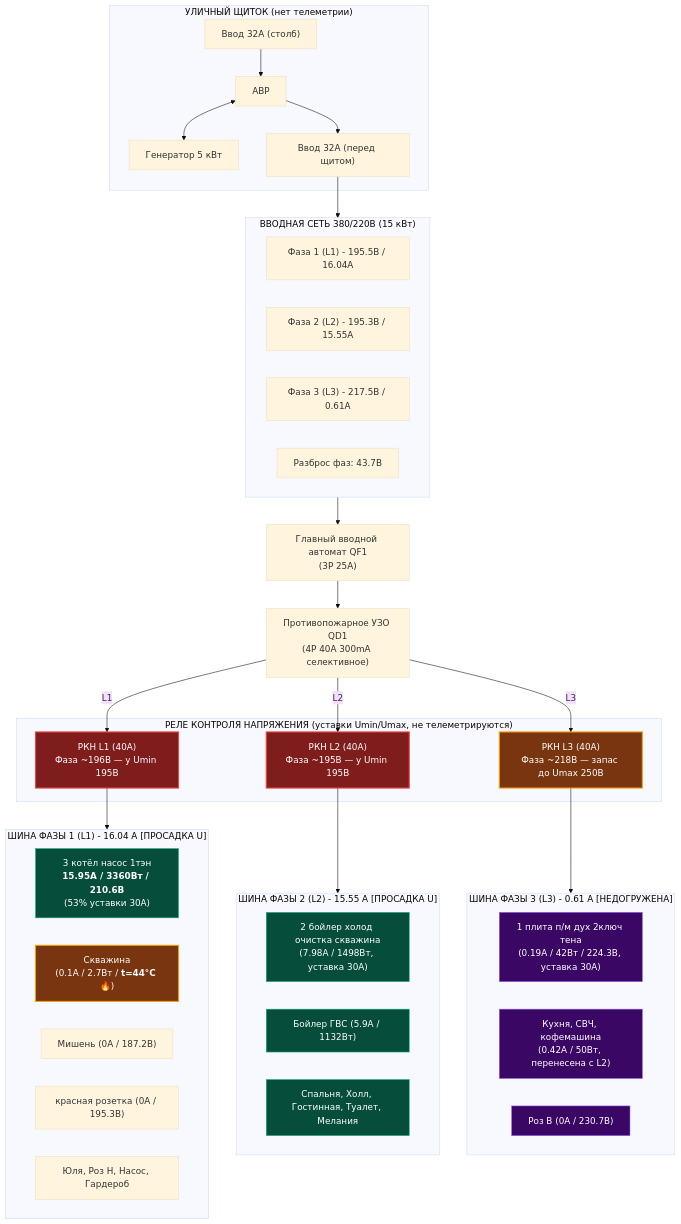
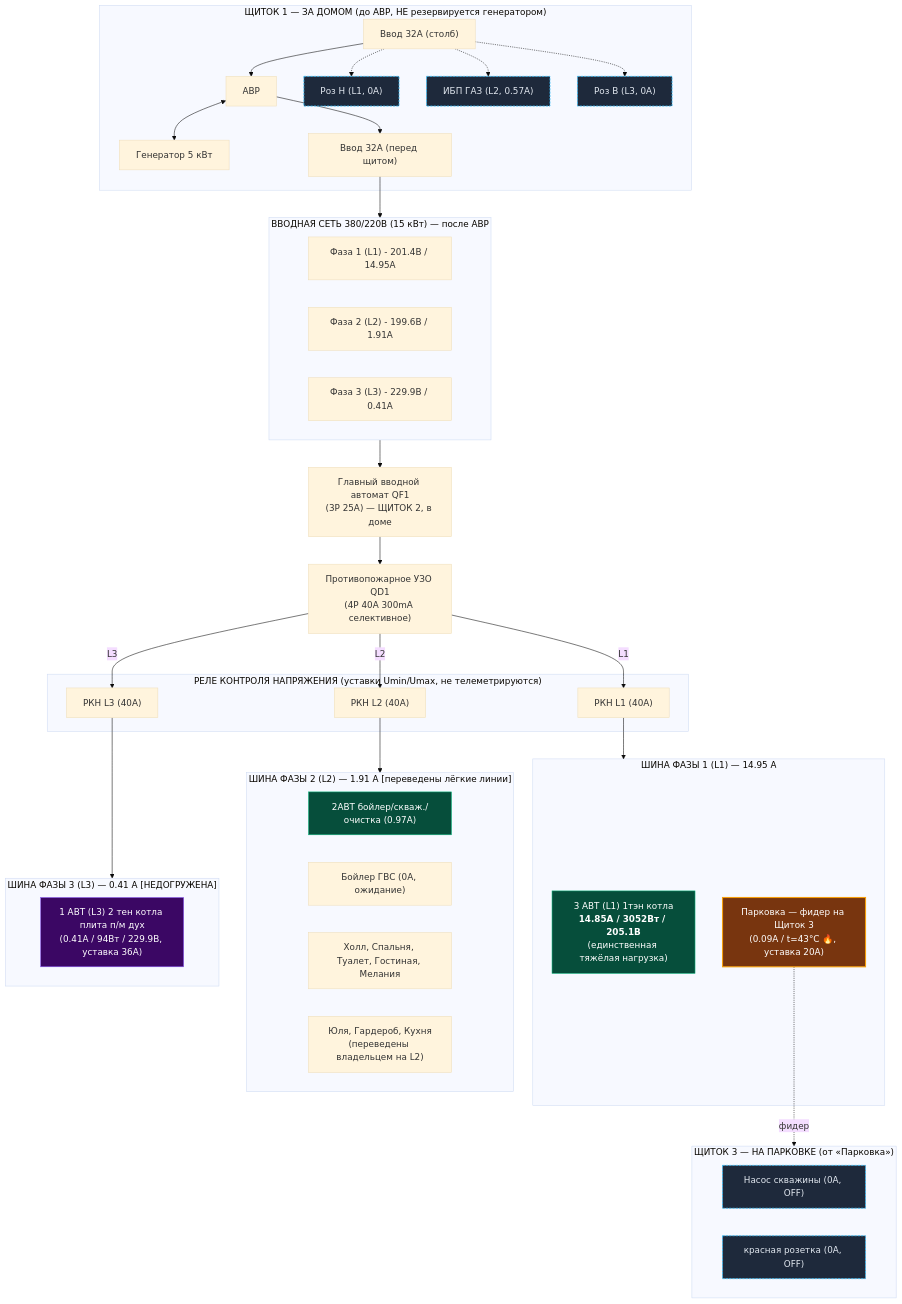
The diagram in README.md (Dmitran13/home-electrical-schema), drawn with Mermaid (base theme) before and after one commit. The commit also changed other lines of this file and 5 other files, not shown here.

````diff
--- a/README.md
+++ b/README.md
@@ -163,70 +197,79 @@
 ```mermaid
 flowchart TD
-    subgraph STREET ["УЛИЧНЫЙ ЩИТОК (нет телеметрии)"]
+    subgraph STREET ["ЩИТОК 1 — ЗА ДОМОМ (до АВР, НЕ резервируется генератором)"]
         SIN1["Ввод 32А (столб)"]
         ATS["АВР"]
         GEN["Генератор 5 кВт"]
-        SIN2["Ввод 32А (перед щитом)"]
+        PRE_ROZN["Роз Н (L1, 0A)"]
+        PRE_GAZ["ИБП ГАЗ (L2, 0.57A)"]
+        PRE_ROZV["Роз В (L3, 0A)"]
         SIN1 --> ATS
         ATS <--> GEN
+        SIN1 -.-> PRE_ROZN
+        SIN1 -.-> PRE_GAZ
+        SIN1 -.-> PRE_ROZV
+        SIN2["Ввод 32А (перед щитом)"]
         ATS --> SIN2
     end
 
-    subgraph GRID ["ВВОДНАЯ СЕТЬ 380/220В (15 кВт)"]
-        IN_L1["Фаза 1 (L1) - 195.5В / 16.04А"]
-        IN_L2["Фаза 2 (L2) - 195.3В / 15.55А"]
-        IN_L3["Фаза 3 (L3) - 217.5В / 0.61А"]
-        IN_N["Разброс фаз: 43.7В"]
+    subgraph GRID ["ВВОДНАЯ СЕТЬ 380/220В (15 кВт) — после АВР"]
+        IN_L1["Фаза 1 (L1) - 201.4В / 14.95А"]
+        IN_L2["Фаза 2 (L2) - 199.6В / 1.91А"]
+        IN_L3["Фаза 3 (L3) - 229.9В / 0.41А"]
     end
 
     SIN2 --> GRID
 
-    QF1["Главный вводной автомат QF1<br/>(3P 25A)"]
+    QF1["Главный вводной автомат QF1<br/>(3P 25A) — ЩИТОК 2, в доме"]
     QD1["Противопожарное УЗО QD1<br/>(4P 40A 300mA селективное)"]
 
     GRID --> QF1 --> QD1
 
     subgraph V_RELAYS ["РЕЛЕ КОНТРОЛЯ НАПРЯЖЕНИЯ (уставки Umin/Umax, не телеметрируются)"]
-        RKN1["РКН L1 (40A)<br/>Фаза ~196В — у Umin 195В"]
-        RKN2["РКН L2 (40A)<br/>Фаза ~195В — у Umin 195В"]
-        RKN3["РКН L3 (40A)<br/>Фаза ~218В — запас до Umax 250В"]
+        RKN1["РКН L1 (40A)"]
+        RKN2["РКН L2 (40A)"]
+        RKN3["РКН L3 (40A)"]
     end
 
     QD1 -->|L1| RKN1
     QD1 -->|L2| RKN2
     QD1 -->|L3| RKN3
 
-    subgraph BUS_L1 ["ШИНА ФАЗЫ 1 (L1) - 16.04 А [ПРОСАДКА U]"]
-        L1_KOTEL["3 котёл насос 1тэн<br/><b>15.95A / 3360Вт / 210.6В</b><br/>(53% уставки 30А)"]
-        L1_SKV["Скважина<br/>(0.1A / 2.7Вт / <b>t=44°C 🔥</b>)"]
-        L1_MISH["Мишень (0A / 187.2В)"]
-        L1_KROZ["красная розетка (0A / 195.3В)"]
-        L1_REST["Юля, Роз Н, Насос, Гардероб"]
+    subgraph BUS_L1 ["ШИНА ФАЗЫ 1 (L1) — 14.95 А"]
+        L1_KOTEL["3 АВТ (L1) 1тэн котла<br/><b>14.85A / 3052Вт / 205.1В</b><br/>(единственная тяжёлая нагрузка)"]
+        L1_PARK["Парковка — фидер на Щиток 3<br/>(0.09A / t=43°C 🔥, уставка 20А)"]
     end
 
-    subgraph BUS_L2 ["ШИНА ФАЗЫ 2 (L2) - 15.55 А [ПРОСАДКА U]"]
-        L2_BOIL["2 бойлер холод очистка скважина<br/>(7.98A / 1498Вт, уставка 30А)"]
-        L2_BOIL2["Бойлер ГВС (5.9A / 1132Вт)"]
-        L2_ROOMS["Спальня, Холл, Гостинная, Туалет, Мелания"]
+    subgraph SUB3 ["ЩИТОК 3 — НА ПАРКОВКЕ (от «Парковка»)"]
+        L3_NASOS["Насос скважины (0A, OFF)"]
+        L3_KROZ["красная розетка (0A, OFF)"]
     end
 
-    subgraph BUS_L3 ["ШИНА ФАЗЫ 3 (L3) - 0.61 А [НЕДОГРУЖЕНА]"]
-        L3_PLITA["1 плита п/м дух 2ключ тена<br/>(0.19A / 42Вт / 224.3В, уставка 30А)"]
-        L3_KITCH["Кухня, СВЧ, кофемашина<br/>(0.42A / 50Вт, перенесена с L2)"]
-        L3_ROZV["Роз В (0A / 230.7В)"]
+    L1_PARK -.->|фидер| SUB3
+
+    subgraph BUS_L2 ["ШИНА ФАЗЫ 2 (L2) — 1.91 А [переведены лёгкие линии]"]
+        L2_BOIL["2АВТ бойлер/скваж./очистка (0.97A)"]
+        L2_BOIL2["Бойлер ГВС (0A, ожидание)"]
+        L2_ROOMS["Холл, Спальня, Туалет, Гостиная, Мелания"]
+        L2_MOVED["Юля, Гардероб, Кухня<br/>(переведены владельцем на L2)"]
+    end
+
+    subgraph BUS_L3 ["ШИНА ФАЗЫ 3 (L3) — 0.41 А [НЕДОГРУЖЕНА]"]
+        L3_PLITA["1 АВТ (L3) 2 тен котла плита п/м дух<br/>(0.41A / 94Вт / 229.9В, уставка 36А)"]
     end
 
     RKN1 --> BUS_L1
     RKN2 --> BUS_L2
     RKN3 --> BUS_L3
 
     classDef crit fill:#7f1d1d,stroke:#ef4444,stroke-width:2px,color:#fff;
     classDef warn fill:#78350f,stroke:#f59e0b,stroke-width:2px,color:#fff;
     classDef ok fill:#064e3b,stroke:#10b981,stroke-width:1px,color:#fff;
     classDef l3style fill:#3b0764,stroke:#8b5cf6,stroke-width:1px,color:#fff;
+    classDef preats fill:#1e293b,stroke:#38bdf8,stroke-width:1.5px,color:#e2e8f0,stroke-dasharray: 4 2;
 
-    class RKN1,RKN2 crit;
-    class L1_SKV,RKN3 warn;
-    class L1_KOTEL,L2_BOIL,L2_BOIL2,L2_ROOMS ok;
-    class L3_PLITA,L3_KITCH,L3_ROZV l3style;
+    class L1_PARK warn;
+    class L1_KOTEL,L2_BOIL ok;
+    class L3_PLITA l3style;
+    class PRE_ROZN,PRE_GAZ,PRE_ROZV,L3_NASOS,L3_KROZ preats;
 ```
````
